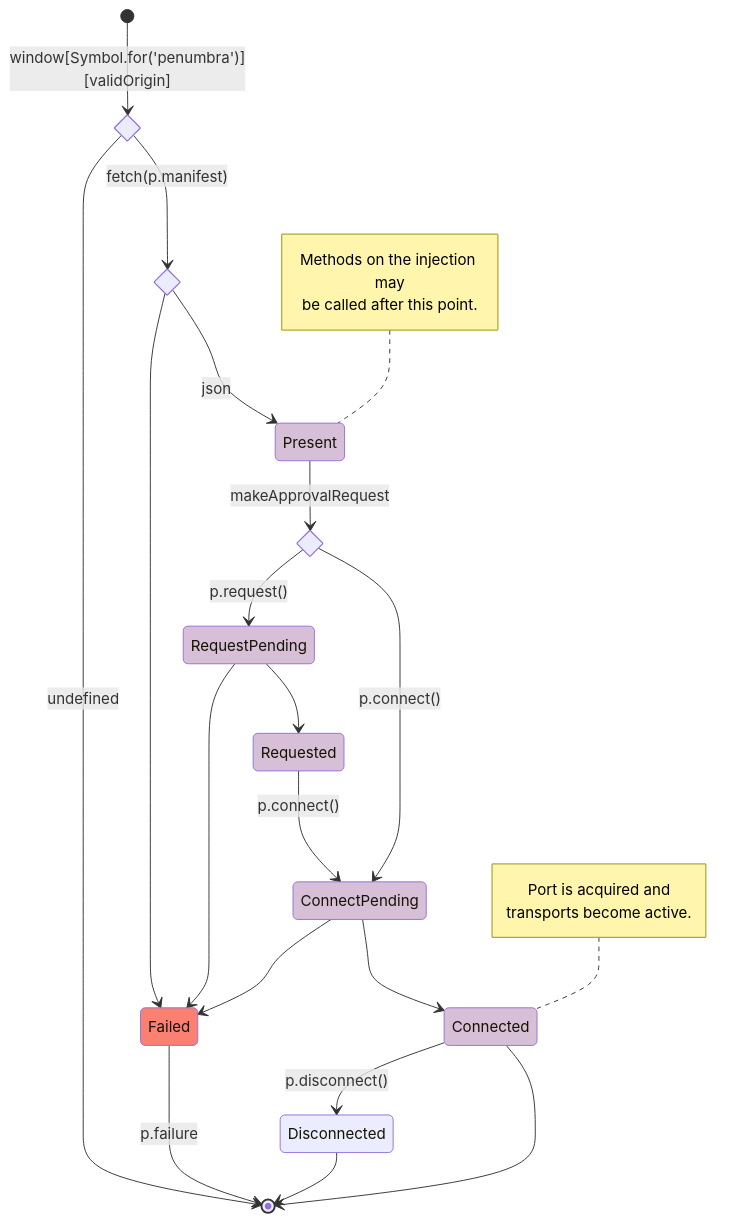
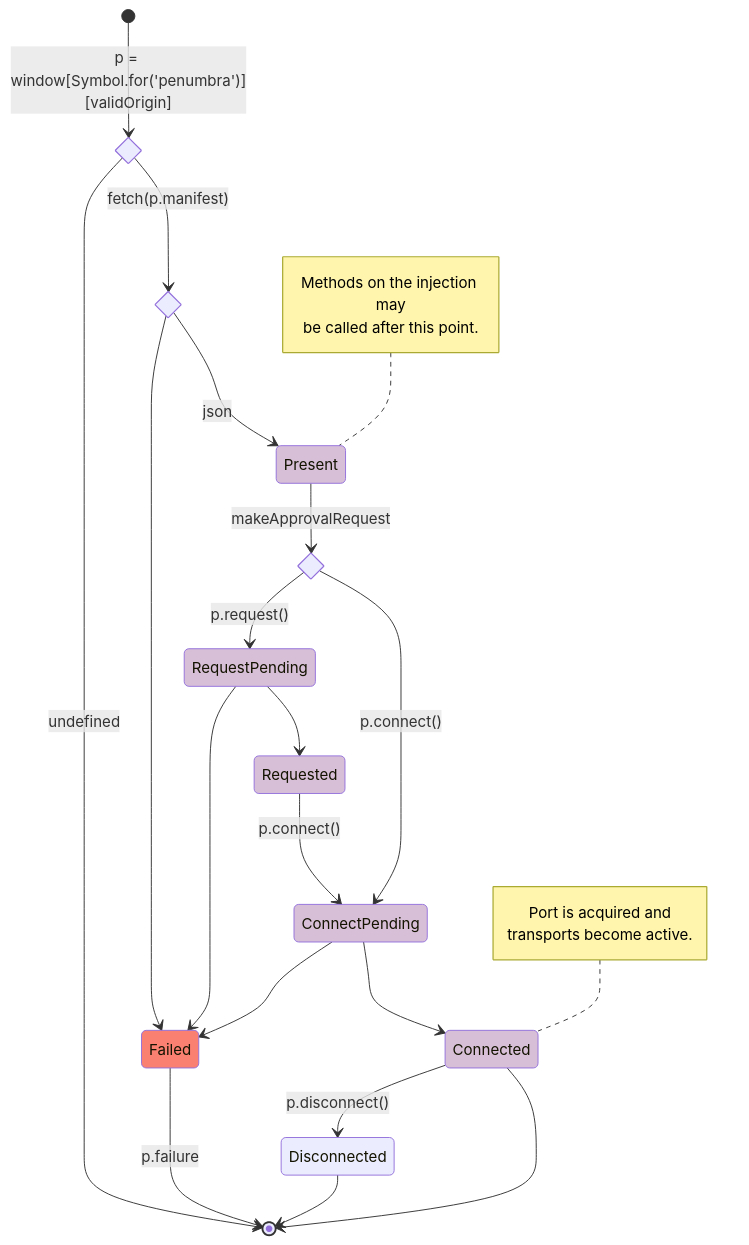
One commit to penumbra-zone/web changed the diagram in packages/react/README.md. Above: the diagram before and after it, drawn with Mermaid. The commit also changed other lines of this file and 18 other files, not shown here.

````diff
--- a/packages/react/README.md
+++ b/packages/react/README.md
@@ -166,47 +174,47 @@
 ```mermaid
 stateDiagram-v2
     classDef GoodNode fill:chartreuse
     classDef BadNode fill:salmon
     classDef PossibleNode fill:thistle
 
     state global_exists <<choice>>
     state manifest_present <<choice>>
     state make_request <<choice>>
 
 
-    [*] --> global_exists: window[Symbol.for('penumbra')][validOrigin]
+    [*] --> global_exists: p = window[Symbol.for('penumbra')][validOrigin]
     global_exists --> [*]: undefined
 
     Failed:::BadNode --> [*]: p.failure
     Disconnected --> [*]
     Connected:::GoodNode --> [*]
 
     manifest_present --> Failed
     RequestPending --> Failed
     ConnectPending --> Failed
 
     global_exists --> manifest_present: fetch(p.manifest)
     manifest_present --> Present: json
 
     Present:::PossibleNode --> make_request: makeApprovalRequest
 
     make_request --> RequestPending: p.request()
     RequestPending:::PossibleNode --> Requested
     Requested:::PossibleNode --> ConnectPending: p.connect()
 
 
     make_request --> ConnectPending: p.connect()
     ConnectPending:::PossibleNode --> Connected:::PossibleNode
 
     Connected --> Disconnected: p.disconnect()
 
     note left of Present
         Methods on the injection may
         be called after this point.
     end note
 
     note left of Connected
         Port is acquired and
         transports become active.
     end note
 ```
````
